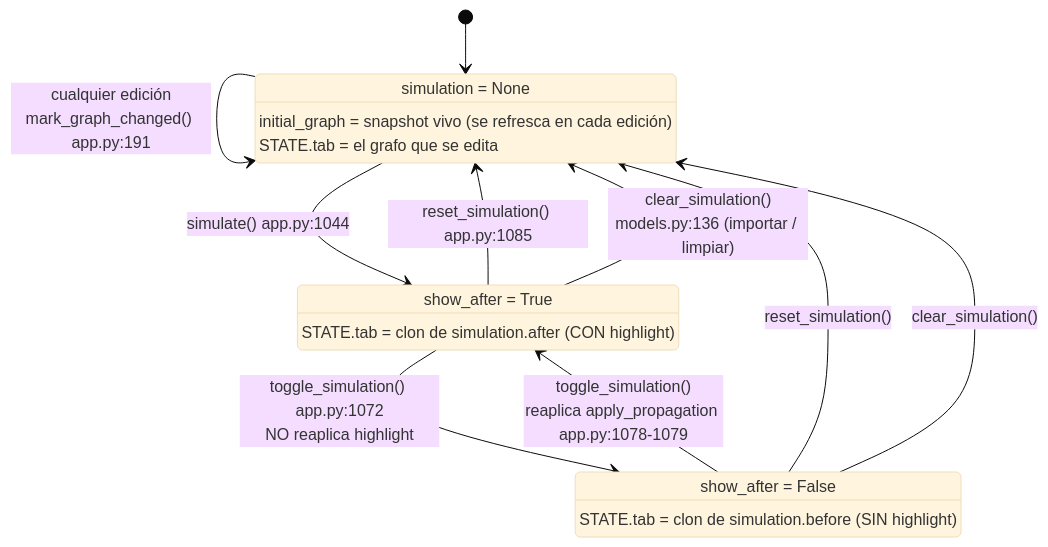
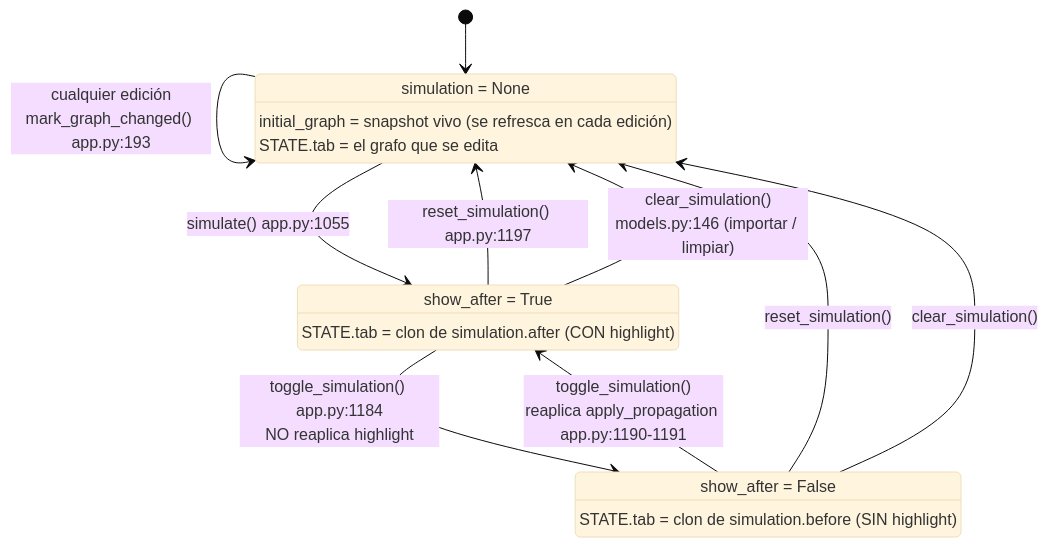
One commit to Rou-uu/consenso-simulador changed the fourth of 4 diagrams in docs/02-modelo-de-datos.md. Above: the diagram before and after it, drawn with Mermaid (base theme). The commit also changed other lines of this file and 14 other files, not shown here.

````diff
--- a/docs/02-modelo-de-datos.md
+++ b/docs/02-modelo-de-datos.md
@@ -546,23 +547,23 @@
 ```mermaid
 stateDiagram-v2
     [*] --> SinSimulacion
 
     SinSimulacion : simulation = None
     SinSimulacion : initial_graph = snapshot vivo (se refresca en cada edición)
     SinSimulacion : STATE.tab = el grafo que se edita
 
     Despues : show_after = True
     Despues : STATE.tab = clon de simulation.after (CON highlight)
 
     Antes : show_after = False
     Antes : STATE.tab = clon de simulation.before (SIN highlight)
 
-    SinSimulacion --> SinSimulacion : cualquier edición<br/>mark_graph_changed() app.py:191
-    SinSimulacion --> Despues : simulate() app.py:1044
-    Despues --> Antes : toggle_simulation() app.py:1072<br/>NO reaplica highlight
-    Antes --> Despues : toggle_simulation()<br/>reaplica apply_propagation app.py:1078-1079
-    Despues --> SinSimulacion : reset_simulation() app.py:1085
+    SinSimulacion --> SinSimulacion : cualquier edición<br/>mark_graph_changed() app.py:193
+    SinSimulacion --> Despues : simulate() app.py:1055
+    Despues --> Antes : toggle_simulation() app.py:1184<br/>NO reaplica highlight
+    Antes --> Despues : toggle_simulation()<br/>reaplica apply_propagation app.py:1190-1191
+    Despues --> SinSimulacion : reset_simulation() app.py:1197
     Antes --> SinSimulacion : reset_simulation()
-    Despues --> SinSimulacion : clear_simulation()<br/>models.py:136 (importar / limpiar)
+    Despues --> SinSimulacion : clear_simulation()<br/>models.py:146 (importar / limpiar)
     Antes --> SinSimulacion : clear_simulation()
 ```
````
